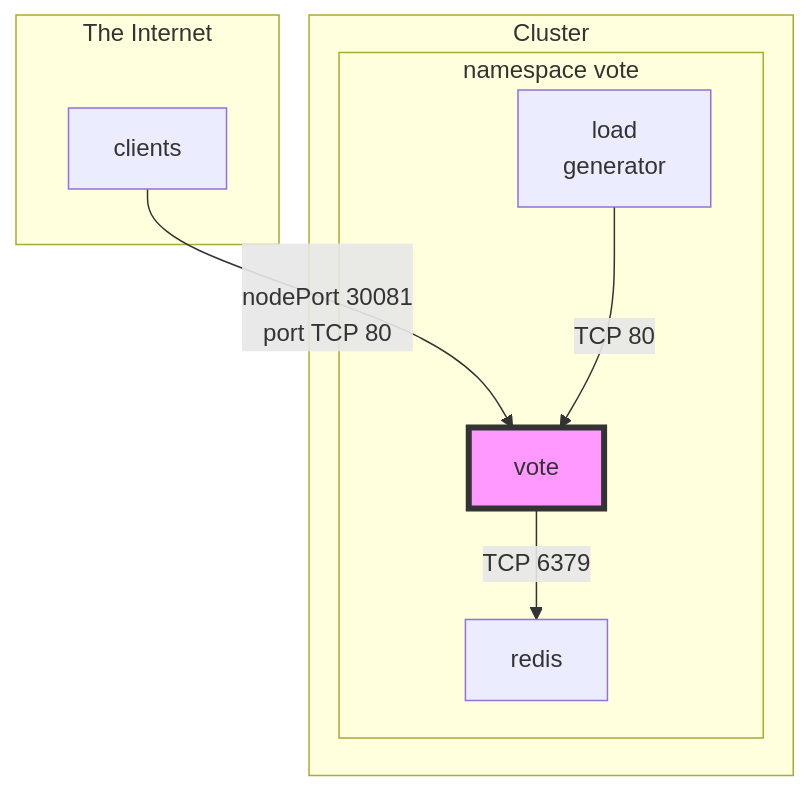
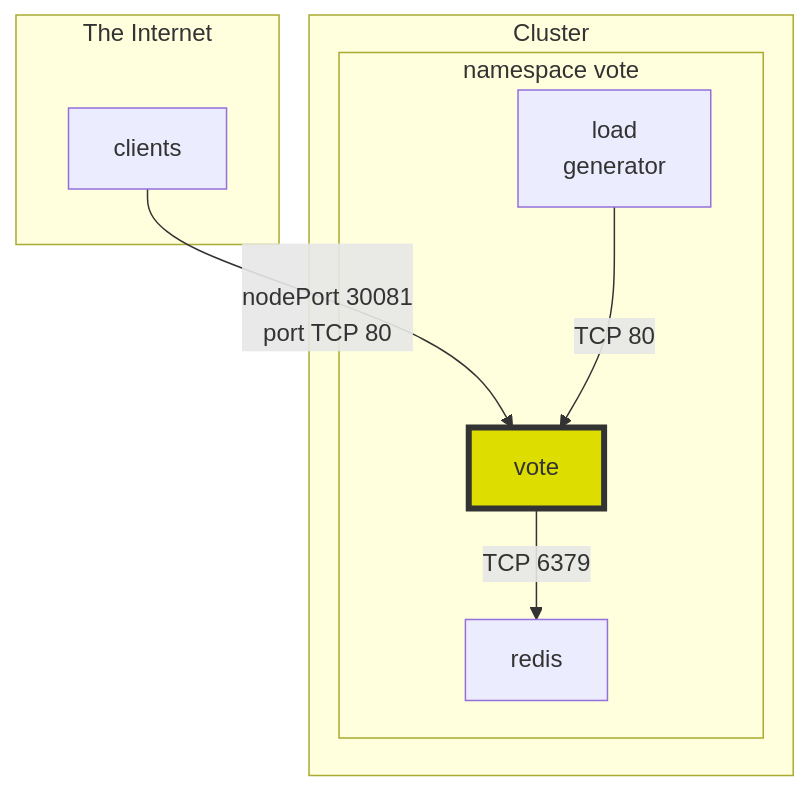
Before and after one commit to regisftm/owasp-toronto: the second of 2 diagrams in README.md, drawn with Mermaid.

````diff
--- a/README.md
+++ b/README.md
@@ -81,17 +81,17 @@
 ```mermaid
 flowchart TD
 subgraph The Internet
     Z[clients]
 end
 Z -->|\nnodePort 30081 \n port TCP 80| B
 subgraph Cluster
     subgraph namespace vote
         A[load\n generator]
         B[vote]
         C[redis]
-        style B fill:#f9f,stroke:#333,stroke-width:4px
+        style B fill:#dd0,stroke:#333,stroke-width:4px
     end
     A -->|TCP 80| B
     B -->|TCP 6379| C
 end
 ```
````
